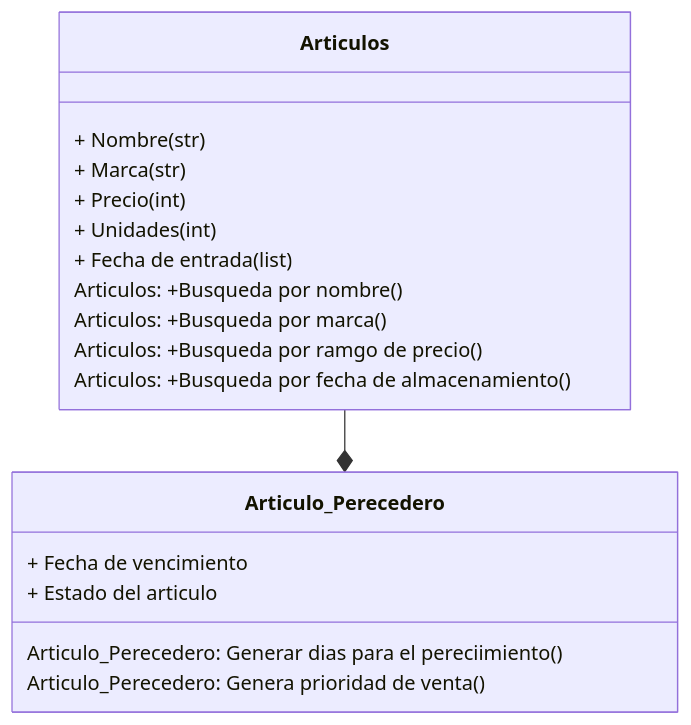
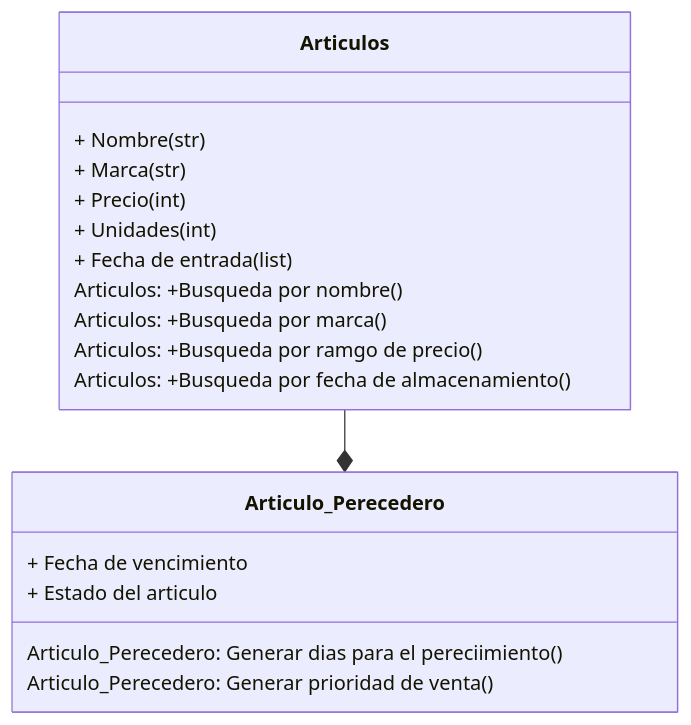
One commit to GabrielHuertas72/Proyecto-POO-GabrielHuertas changed the diagram in Main.md. Above: the diagram before and after it, drawn with Mermaid.

````diff
--- a/Main.md
+++ b/Main.md
@@ -10,22 +10,22 @@
 ```mermaid
 classDiagram
     class Articulos{
         + Nombre (str)
         + Marca  (str)
         + Precio (int)
         + Unidades (int)
         + Fecha de entrada (list)
         Articulos: +Busqueda por nombre()
         Articulos: +Busqueda por marca()
         Articulos: +Busqueda por ramgo de precio()
         Articulos: +Busqueda por fecha de almacenamiento()
     }
     class Articulo_Perecedero{
         + Fecha de vencimiento
         + Estado del articulo
         Articulo_Perecedero: Generar dias para el pereciimiento()
-        Articulo_Perecedero: Genera prioridad de venta()
+        Articulo_Perecedero: Generar prioridad de venta()
     }
     Articulos --*  Articulo_Perecedero 
 
 ```
````
